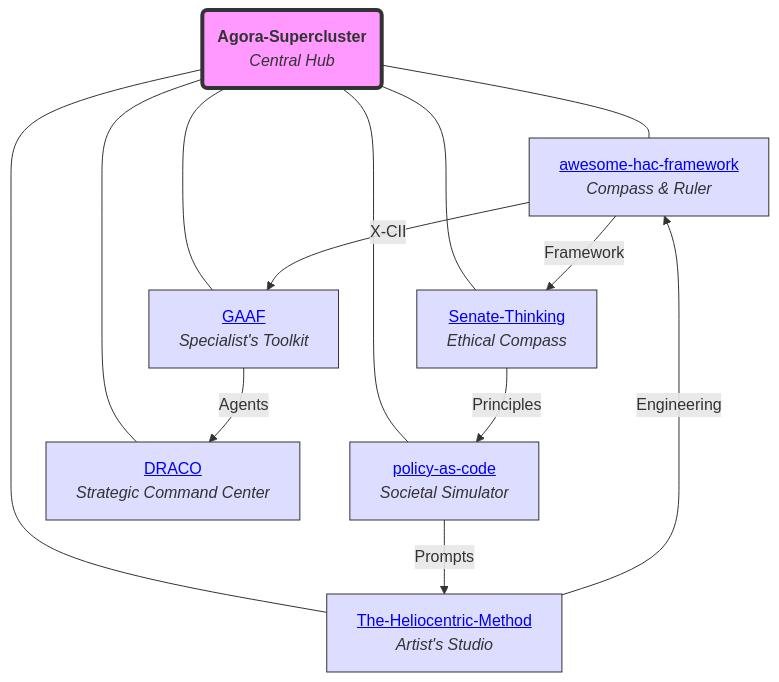
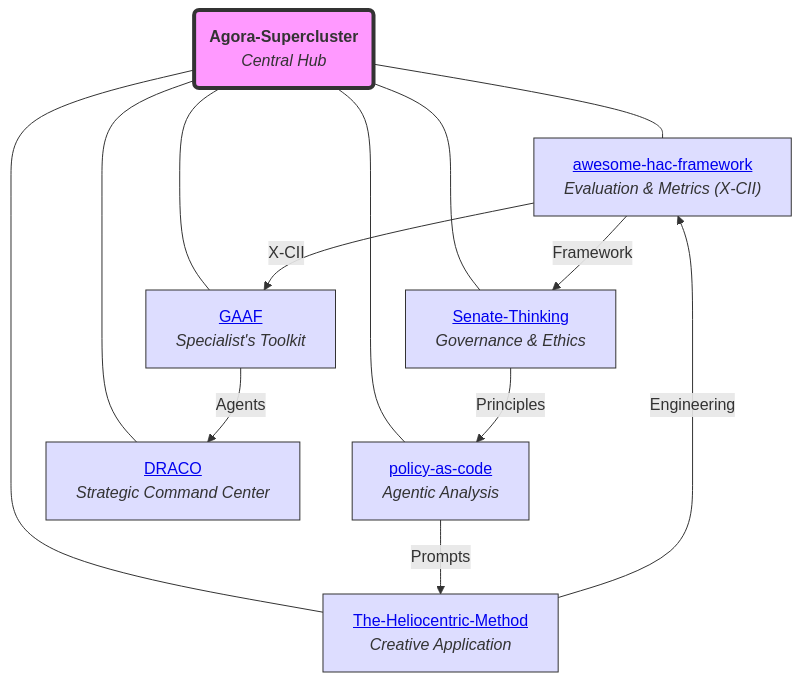
Before and after one commit to torisan-unya/Agora-Supercluster: the diagram in README.md, drawn with Mermaid. The commit also changed other lines of this file, not shown here.

````diff
--- a/README.md
+++ b/README.md
@@ -19,22 +19,22 @@
 ```mermaid
 graph TD
     A("<b>Agora-Supercluster</b><br><i>Central Hub</i>")
-    B["<a href='https://github.com/torisan-unya/awesome-hac-framework'>awesome-hac-framework</a><br><i>Compass & Ruler</i>"]
-    C["<a href='https://github.com/torisan-unya/Senate-Thinking'>Senate-Thinking</a><br><i>Ethical Compass</i>"]
-    D["<a href='https://github.com/torisan-unya/The-Heliocentric-Method'>The-Heliocentric-Method</a><br><i>Artist's Studio</i>"]
+    B["<a href='https://github.com/torisan-unya/awesome-hac-framework'>awesome-hac-framework</a><br><i>Evaluation & Metrics (X-CII)</i>"]
+    C["<a href='https://github.com/torisan-unya/Senate-Thinking'>Senate-Thinking</a><br><i>Governance & Ethics</i>"]
+    D["<a href='https://github.com/torisan-unya/The-Heliocentric-Method'>The-Heliocentric-Method</a><br><i>Creative Application</i>"]
     E["<a href='https://github.com/torisan-unya/GAAF'>GAAF</a><br><i>Specialist's Toolkit</i>"]
-    F["<a href='https://github.com/torisan-unya/policy-as-code'>policy-as-code</a><br><i>Societal Simulator</i>"]
+    F["<a href='https://github.com/torisan-unya/policy-as-code'>policy-as-code</a><br><i>Agentic Analysis</i>"]
     H["<a href='https://github.com/torisan-unya/DRACO'>DRACO</a><br><i>Strategic Command Center</i>"]
     A --- B & C & D & E & F & H
     B -- X-CII --> E
     B -- Framework --> C
     F -- Prompts --> D
     C -- Principles --> F
     D -- Engineering --> B
     E -- Agents --> H
     classDef hub fill:#f9f,stroke:#333,stroke-width:4px;
     class A hub;
     classDef core fill:#ddf,stroke:#333;
     class B,C,D,E,F,H core;
 
 ```
````
